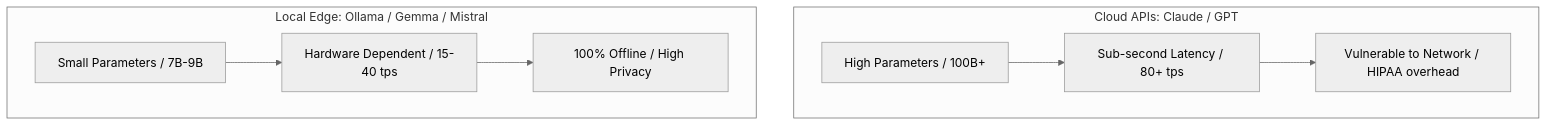
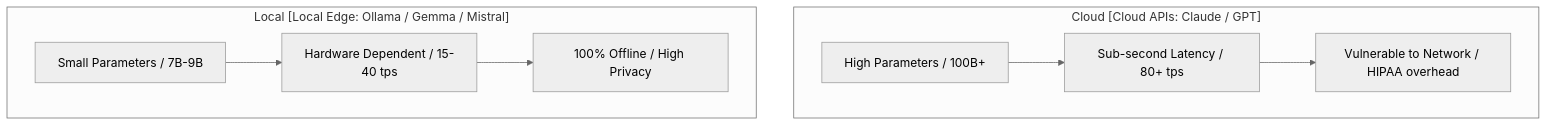
Before and after one commit to akmalkhaniub/akmalkhaniub.github.io: the first of 2 diagrams in blog/posts/offline-llms-ollama-local-runtimes.md, drawn with Mermaid (neutral theme). The commit also changed 600 other files, not shown here.

Commit message:
fix(blog): resolve Mermaid v10 syntax errors across Figure 1 and publication subgraphs

````diff
--- a/blog/posts/offline-llms-ollama-local-runtimes.md
+++ b/blog/posts/offline-llms-ollama-local-runtimes.md
@@ -49,12 +49,12 @@
 ```mermaid
 graph TD
-    subgraph Cloud [Cloud APIs: Claude / GPT]
+    subgraph SG1_CloudCloudApis ["Cloud [Cloud APIs: Claude / GPT]"]
         C_Cap[High Parameters / 100B+] --> C_Lat[Sub-second Latency / 80+ tps]
         C_Lat --> C_Sec[Vulnerable to Network / HIPAA overhead]
     end
     
-    subgraph Local [Local Edge: Ollama / Gemma / Mistral]
+    subgraph SG2_LocalLocalEdge ["Local [Local Edge: Ollama / Gemma / Mistral]"]
         L_Cap[Small Parameters / 7B-9B] --> L_Lat[Hardware Dependent / 15-40 tps]
         L_Lat --> L_Sec[100% Offline / High Privacy]
     end
 ```
````
